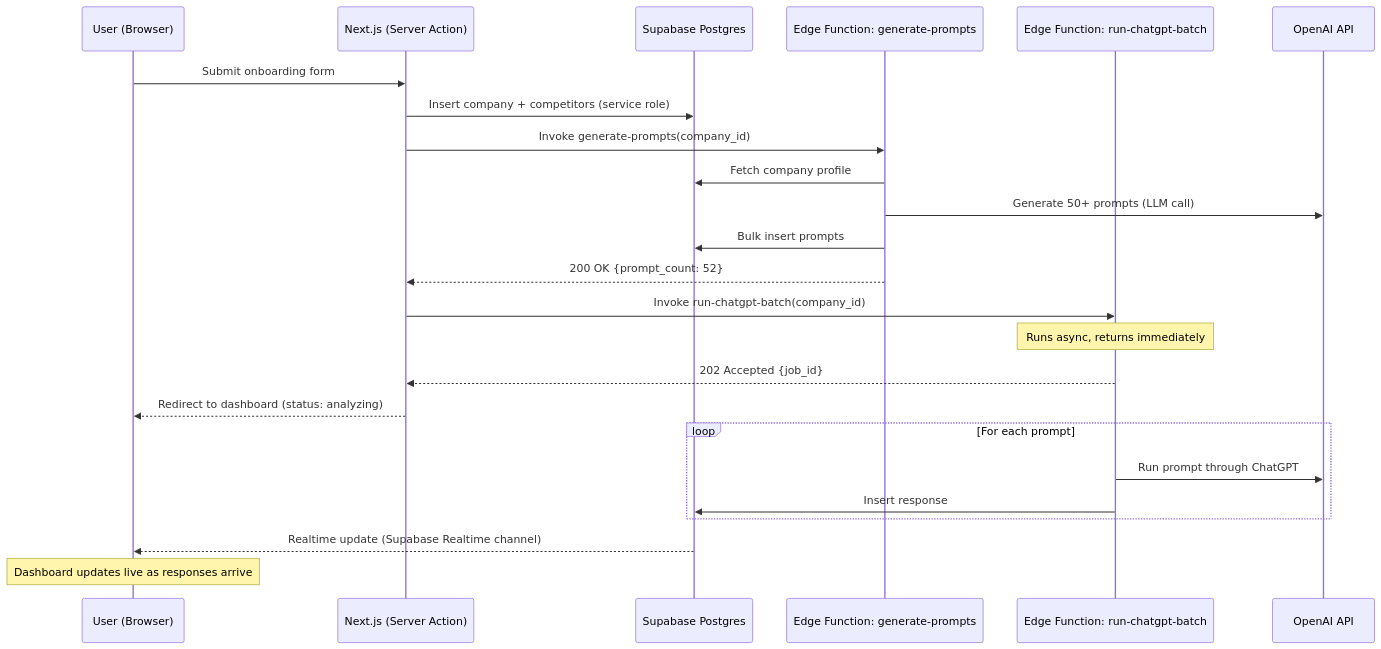
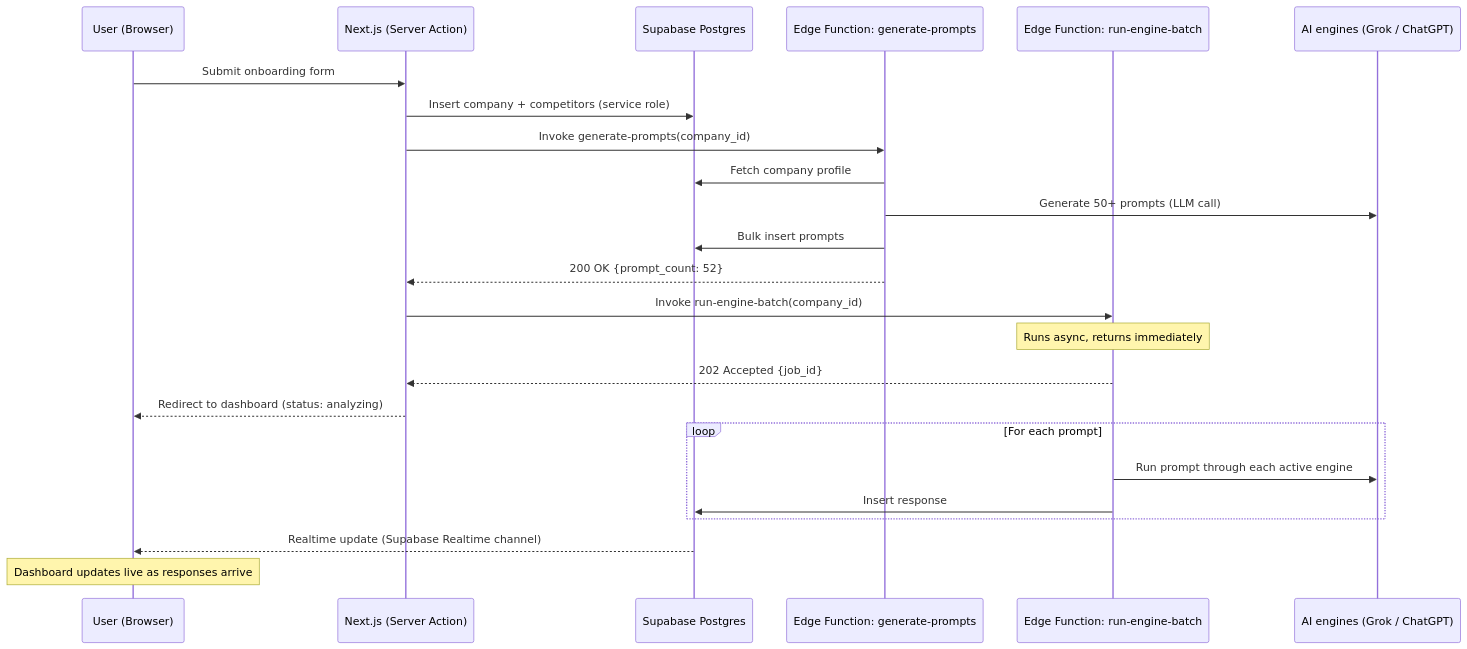
One commit to syedazmath01/neptune changed the third of 5 diagrams in archicture.md. Above: the diagram before and after it, drawn with Mermaid. The commit also changed other lines of this file and 76 other files, not shown here.

````diff
--- a/archicture.md
+++ b/archicture.md
@@ -459,27 +459,27 @@
 ```mermaid
 sequenceDiagram
     participant U as User (Browser)
     participant N as Next.js (Server Action)
     participant S as Supabase Postgres
     participant EF as Edge Function: generate-prompts
-    participant EF2 as Edge Function: run-chatgpt-batch
-    participant AI as OpenAI API
+    participant EF2 as Edge Function: run-engine-batch
+    participant AI as AI engines (Grok / ChatGPT)
 
     U->>N: Submit onboarding form
     N->>S: Insert company + competitors (service role)
     N->>EF: Invoke generate-prompts(company_id)
     EF->>S: Fetch company profile
     EF->>AI: Generate 50+ prompts (LLM call)
     EF->>S: Bulk insert prompts
     EF-->>N: 200 OK {prompt_count: 52}
-    N->>EF2: Invoke run-chatgpt-batch(company_id)
+    N->>EF2: Invoke run-engine-batch(company_id)
     Note over EF2: Runs async, returns immediately
     EF2-->>N: 202 Accepted {job_id}
     N-->>U: Redirect to dashboard (status: analyzing)
     loop For each prompt
-        EF2->>AI: Run prompt through ChatGPT
+        EF2->>AI: Run prompt through each active engine
         EF2->>S: Insert response
     end
     S-->>U: Realtime update (Supabase Realtime channel)
     Note over U: Dashboard updates live as responses arrive
 ```
````
